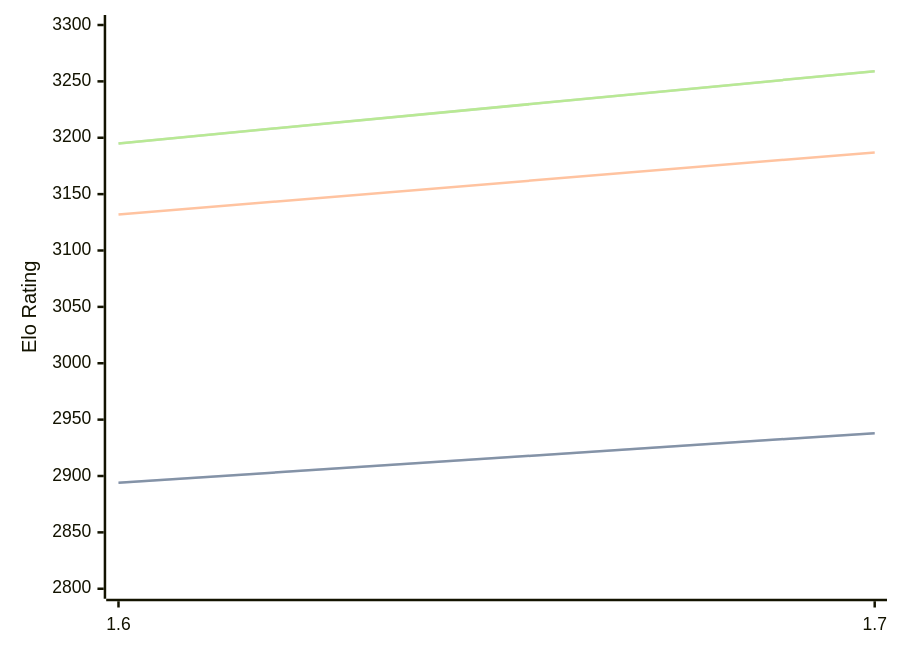
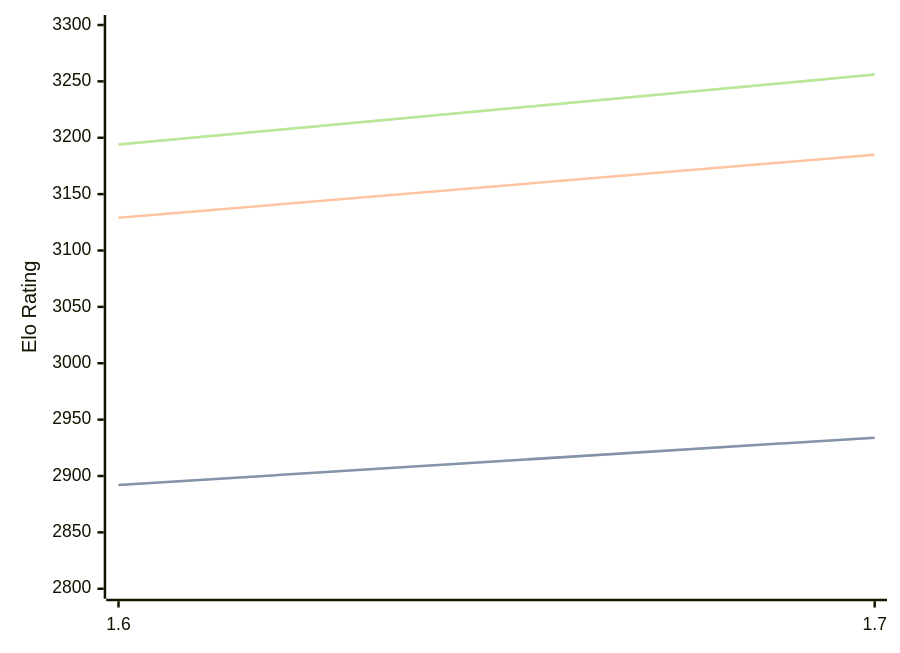
Before and after one commit to computer-chess-index/cci: the diagram in engines/Bitbit.md, drawn with Mermaid. The commit also changed other lines of this file, not shown here.

Commit message:
Update CCI Ratings (ELO VLTC) - 2026-08-12

````diff
--- a/engines/Bitbit.md
+++ b/engines/Bitbit.md
@@ -32,11 +32,11 @@
 ```mermaid
 %%{init: {"theme":"base","themeVariables":{"seriesColors:['#a3a3a3','#222221','#faa371']}}}%%
 xychart-beta
   x-axis ["1.6", "1.7"]
   y-axis "Elo Rating" 2800 --> 3300
-  line "STC (8.0+0.08s)" [2894, 2938]
-  line "STC (8.0+0.08s)" [2894, 2938]
-  line "LTC (60.0+0.60s)" [3132, 3187]
-  line "VLTC (2m24s+1.12s)" [3195, 3259]
-  line "VLTC (2m24s+1.12s)" [3195, 3259]
+  line "STC (8.0+0.08s)" [2892, 2934]
+  line "STC (8.0+0.08s)" [2892, 2934]
+  line "LTC (60.0+0.60s)" [3129, 3185]
+  line "VLTC (2m24s+1.12s)" [3194, 3256]
+  line "VLTC (2m24s+1.12s)" [3194, 3256]
 ```
````
